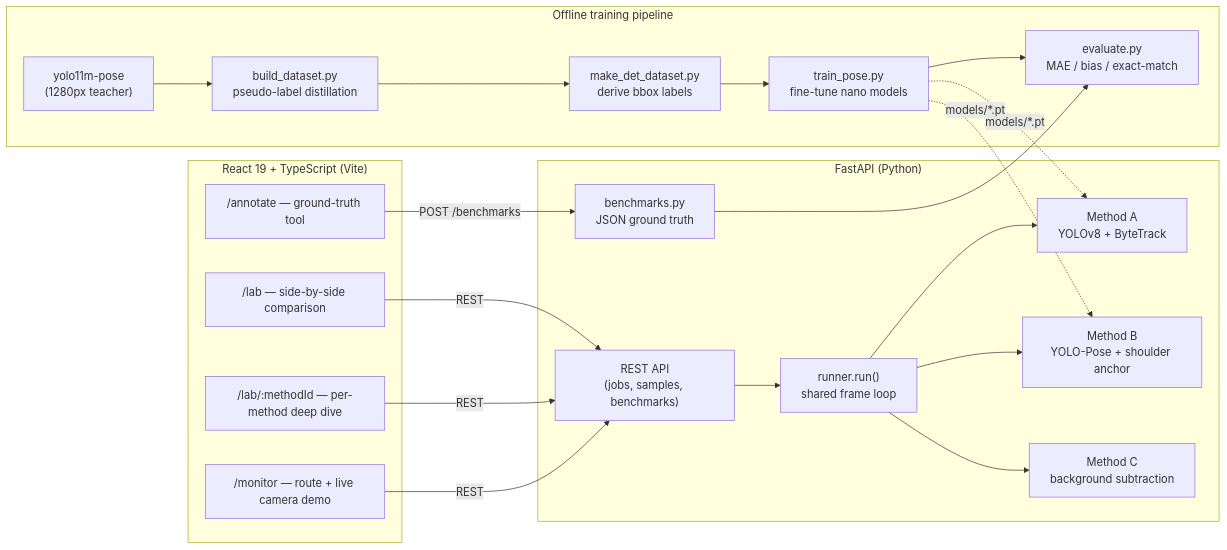
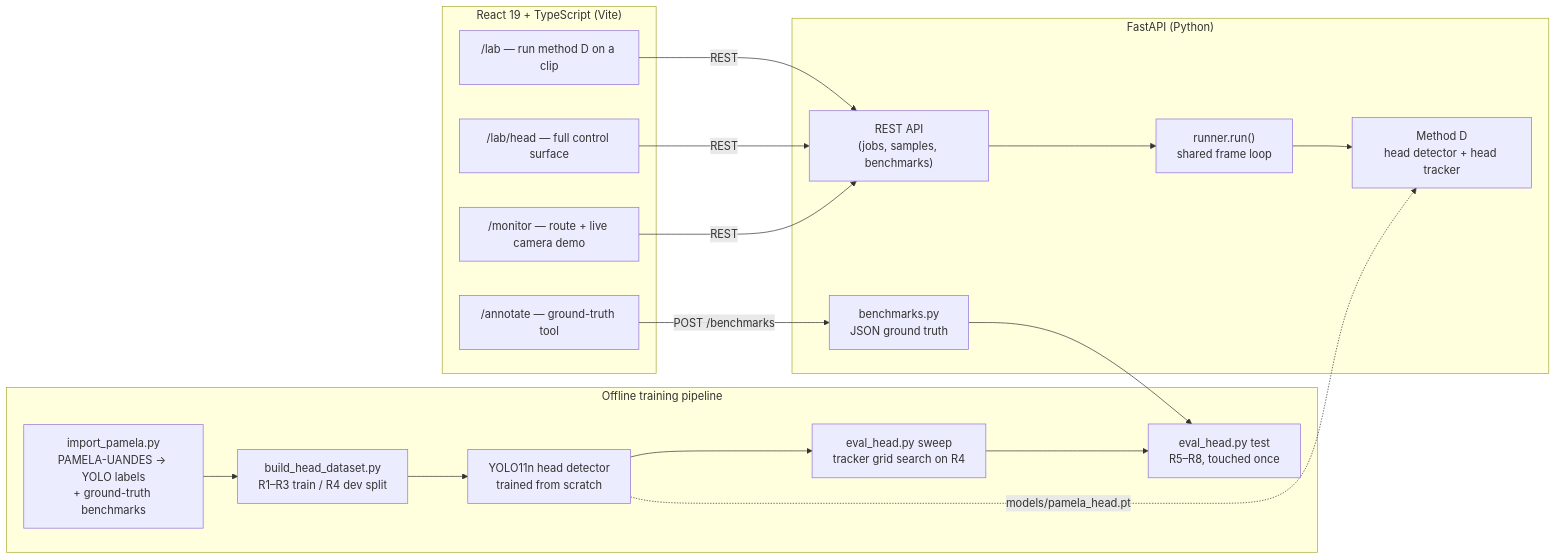
Before and after one commit to Alishnis/crowdless-app: the first of 3 diagrams in README.md, drawn with Mermaid. The commit also changed other lines of this file and 11 other files, not shown here.

````diff
--- a/README.md
+++ b/README.md
@@ -47,37 +43,34 @@
 ```mermaid
 flowchart LR
     subgraph Frontend["React 19 + TypeScript (Vite)"]
-        Lab["/lab — side-by-side comparison"]
-        Method["/lab/:methodId — per-method deep dive"]
+        Lab["/lab — run method D on a clip"]
+        Method["/lab/head — full control surface"]
         Annotate["/annotate — ground-truth tool"]
         Monitor["/monitor — route + live camera demo"]
     end
 
     subgraph Backend["FastAPI (Python)"]
         API["REST API\n(jobs, samples, benchmarks)"]
         Runner["runner.run()\nshared frame loop"]
-        MethodA["Method A\nYOLOv8 + ByteTrack"]
-        MethodB["Method B\nYOLO-Pose + shoulder anchor"]
-        MethodC["Method C\nbackground subtraction"]
+        MethodD["Method D\nhead detector + head tracker"]
         Bench["benchmarks.py\nJSON ground truth"]
     end
 
     subgraph Training["Offline training pipeline"]
-        Teacher["yolo11m-pose\n(1280px teacher)"]
-        Distill["build_dataset.py\npseudo-label distillation"]
-        DetDS["make_det_dataset.py\nderive bbox labels"]
-        Train["train_pose.py\nfine-tune nano models"]
-        Eval["evaluate.py\nMAE / bias / exact-match"]
+        Import["import_pamela.py\nPAMELA-UANDES → YOLO labels\n+ ground-truth benchmarks"]
+        BuildDS["build_head_dataset.py\nR1–R3 train / R4 dev split"]
+        TrainDet["YOLO11n head detector\ntrained from scratch"]
+        Tune["eval_head.py sweep\ntracker grid search on R4"]
+        Test["eval_head.py test\nR5–R8, touched once"]
     end
 
     Lab -- "REST" --> API
     Method -- "REST" --> API
     Annotate -- "POST /benchmarks" --> Bench
     Monitor -- "REST" --> API
     API --> Runner
-    Runner --> MethodA & MethodB & MethodC
-    Bench --> Eval
-    Teacher --> Distill --> DetDS --> Train --> Eval
-    Train -.->|"models/*.pt"| MethodA
-    Train -.->|"models/*.pt"| MethodB
+    Runner --> MethodD
+    Bench --> Test
+    Import --> BuildDS --> TrainDet --> Tune --> Test
+    TrainDet -.->|"models/pamela_head.pt"| MethodD
 ```
````
